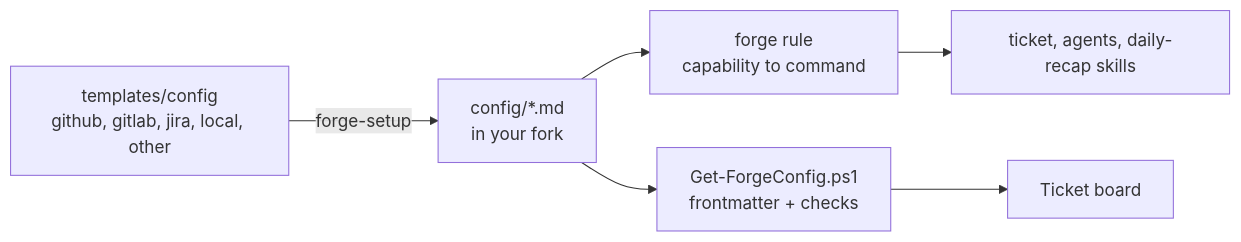
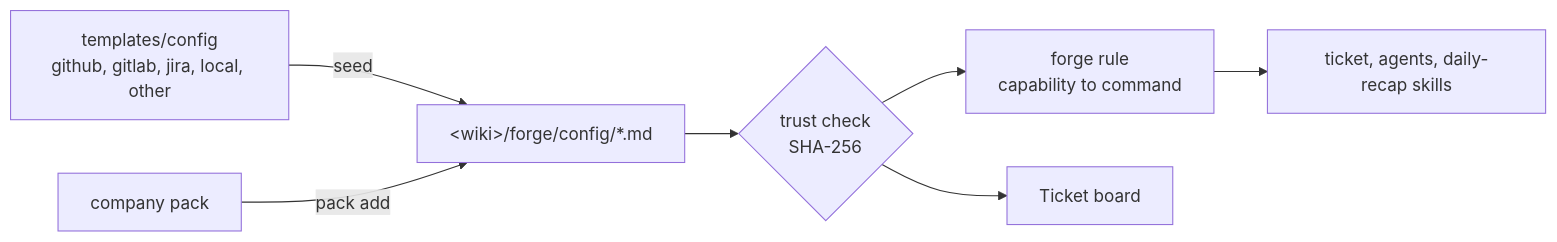
One commit to alexradunet/forge-engineering changed the diagram in docs/config.md. Above: the diagram before and after it, drawn with Mermaid. The commit also changed other lines of this file and 30 other files, not shown here.

````diff
--- a/docs/config.md
+++ b/docs/config.md
@@ -15,8 +17,9 @@
 ```mermaid
 flowchart LR
-  tpl["templates/config<br/>github, gitlab, jira, local, other"] -- forge-setup --> cfg["config/*.md<br/>in your fork"]
-  cfg --> rule["forge rule<br/>capability to command"]
-  cfg --> loader["Get-ForgeConfig.ps1<br/>frontmatter + checks"]
-  loader --> board["Ticket board"]
+  tpl["templates/config<br/>github, gitlab, jira, local, other"] -- seed --> cfg["&lt;wiki&gt;/forge/config/*.md"]
+  pack["company pack"] -- pack add --> cfg
+  cfg --> trust{"trust check<br/>SHA-256"}
+  trust --> rule["forge rule<br/>capability to command"]
+  trust --> board["Ticket board"]
   rule --> skills["ticket, agents, daily-recap skills"]
 ```
````
